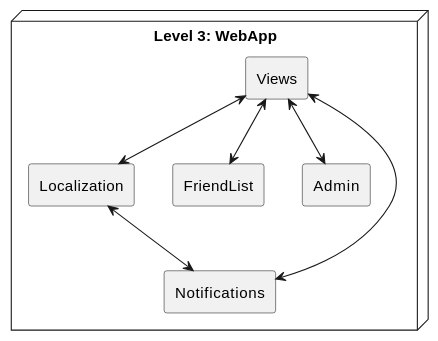
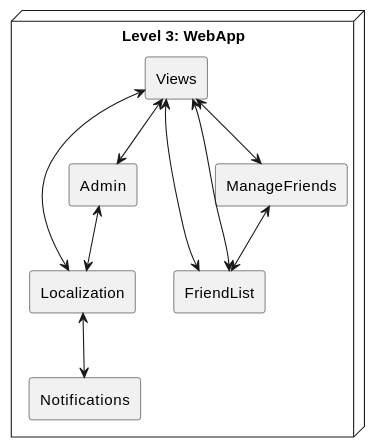
One commit to Arquisoft/radarin_es3b changed the third of 3 diagrams in webapp/docs/05_building_block_view.adoc. Above: the diagram before and after it, drawn with PlantUML. The commit also changed other lines of this file and 9 other files, not shown here.

```diff
--- a/webapp/docs/05_building_block_view.adoc
+++ b/webapp/docs/05_building_block_view.adoc
@@ -66,17 +75,21 @@
-[plantuml, "block level 2", png]
+[plantuml, "block level 3", png]
 ----
 @startuml
 Node "Level 3: WebApp" as WebApp3 {
 rectangle "Localization"
 rectangle "Views"
 rectangle "FriendList"
+rectangle "ManageFriends"
 rectangle "Admin"
 rectangle "Notifications"
 }
 Localization <--> Notifications
 Views <--> Localization
 Views <--> FriendList
+Views <--> ManageFriends
+Views <--> FriendList
+ManageFriends <--> FriendList
 Views <--> Admin
-Views <--> Notifications
+Admin <--> Localization
 @enduml
 ----
```
